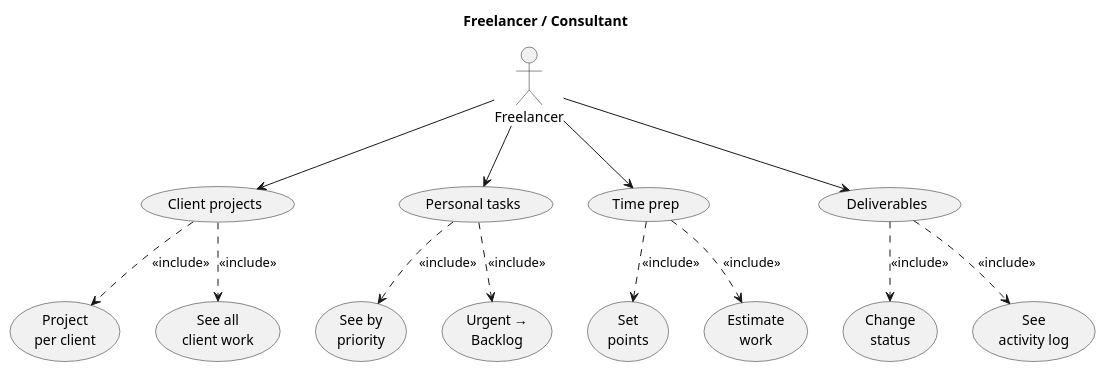
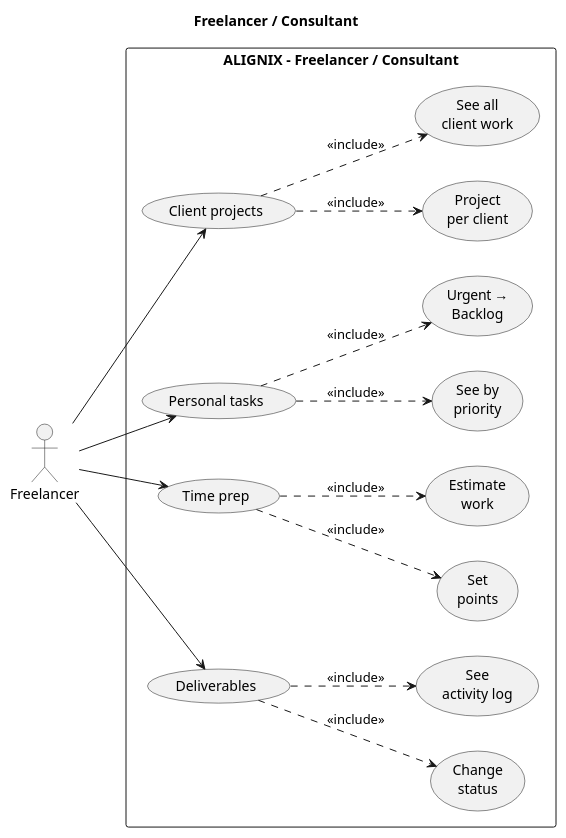
The diagram in diagrams/usecasediagram4.puml (ANasser00/project-management), drawn with PlantUML before and after one commit. The commit also changed 8 other files, not shown here.

Commit message:
Updated diagrams.

```diff
--- a/diagrams/usecasediagram4.puml
+++ b/diagrams/usecasediagram4.puml
@@ -1,50 +1,55 @@
 @startuml
+left to right direction
 
 title Freelancer / Consultant
 
+' --- Left-side actor ---
 actor "Freelancer" as Freelancer
 
-' --- Main use cases ---
-usecase "Client projects" as UC_CLIENTS
-usecase "Personal tasks" as UC_PERSONAL
-usecase "Time prep" as UC_TIME
-usecase "Deliverables" as UC_DELIV
+rectangle "ALIGNIX – Freelancer / Consultant" as System {
 
-' --- Included details (simple) ---
+  ' --- Main use cases ---
+  usecase "Client projects" as UC_CLIENTS
+  usecase "Personal tasks" as UC_PERSONAL
+  usecase "Time prep" as UC_TIME
+  usecase "Deliverables" as UC_DELIV
 
-' Client projects
-usecase "Project\nper client" as UC_PROJ_PER_CLIENT
-usecase "See all\nclient work" as UC_CLIENT_OVERVIEW
+  ' --- Included details (around main use cases) ---
 
-' Personal tasks
-usecase "See by\npriority" as UC_VIEW_PRI
-usecase "Urgent →\nBacklog" as UC_PRI_FLOW
+  ' Client projects
+  usecase "Project\nper client" as UC_PROJ_PER_CLIENT
+  usecase "See all\nclient work" as UC_CLIENT_OVERVIEW
 
-' Time prep
-usecase "Set\npoints" as UC_SET_POINTS
-usecase "Estimate\nwork" as UC_ESTIMATE
+  ' Personal tasks
+  usecase "See by\npriority" as UC_VIEW_PRI
+  usecase "Urgent →\nBacklog" as UC_PRI_FLOW
 
-' Deliverables
-usecase "Change\nstatus" as UC_CHANGE_STATUS
-usecase "See\nactivity log" as UC_ACTIVITY
+  ' Time prep
+  usecase "Set\npoints" as UC_SET_POINTS
+  usecase "Estimate\nwork" as UC_ESTIMATE
+
+  ' Deliverables
+  usecase "Change\nstatus" as UC_CHANGE_STATUS
+  usecase "See\nactivity log" as UC_ACTIVITY
+}
 
 ' --- include relations ---
 UC_CLIENTS ..> UC_PROJ_PER_CLIENT : <<include>>
 UC_CLIENTS ..> UC_CLIENT_OVERVIEW : <<include>>
 
 UC_PERSONAL ..> UC_VIEW_PRI : <<include>>
 UC_PERSONAL ..> UC_PRI_FLOW : <<include>>
 
 UC_TIME ..> UC_SET_POINTS : <<include>>
 UC_TIME ..> UC_ESTIMATE : <<include>>
 
 UC_DELIV ..> UC_CHANGE_STATUS : <<include>>
 UC_DELIV ..> UC_ACTIVITY : <<include>>
 
 ' --- Actor → main use cases ---
 Freelancer --> UC_CLIENTS
 Freelancer --> UC_PERSONAL
 Freelancer --> UC_TIME
 Freelancer --> UC_DELIV
 
 @enduml
```
